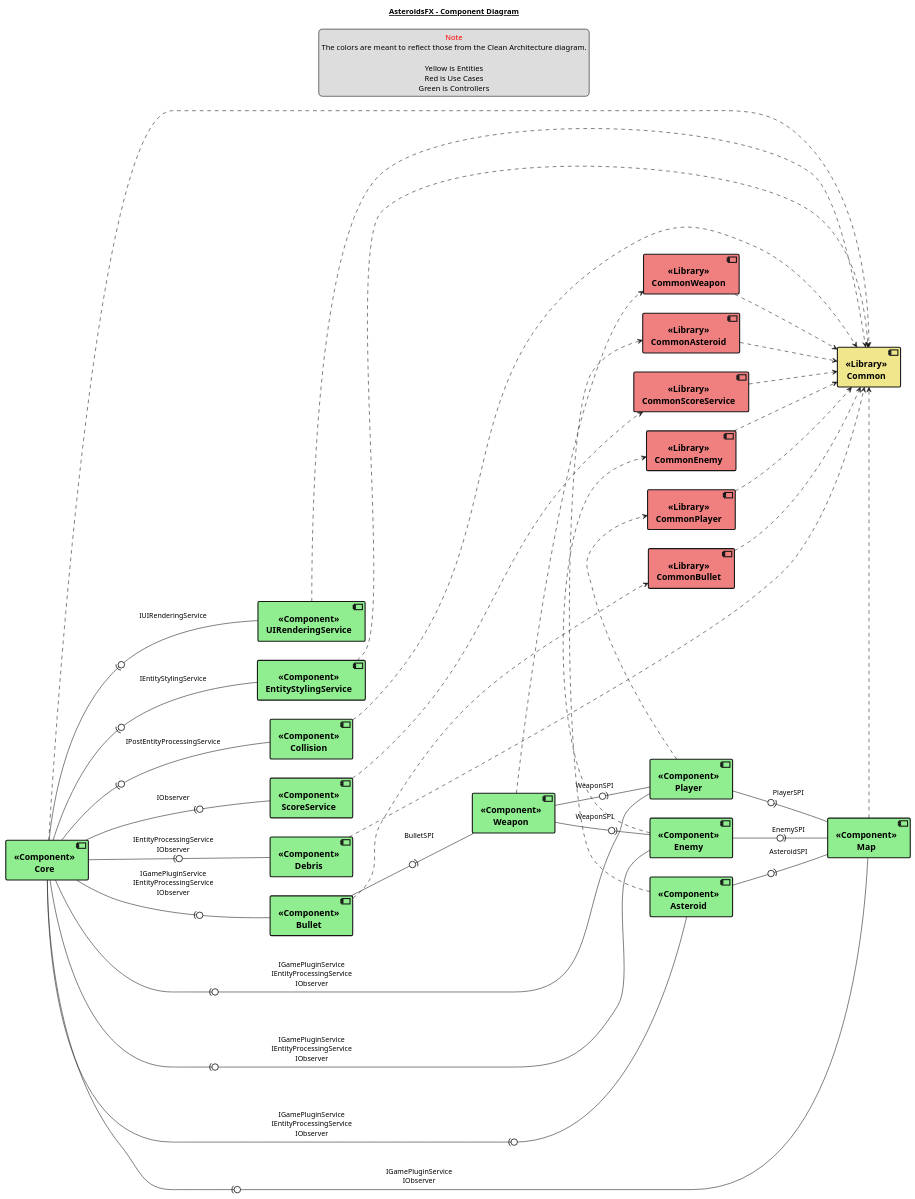
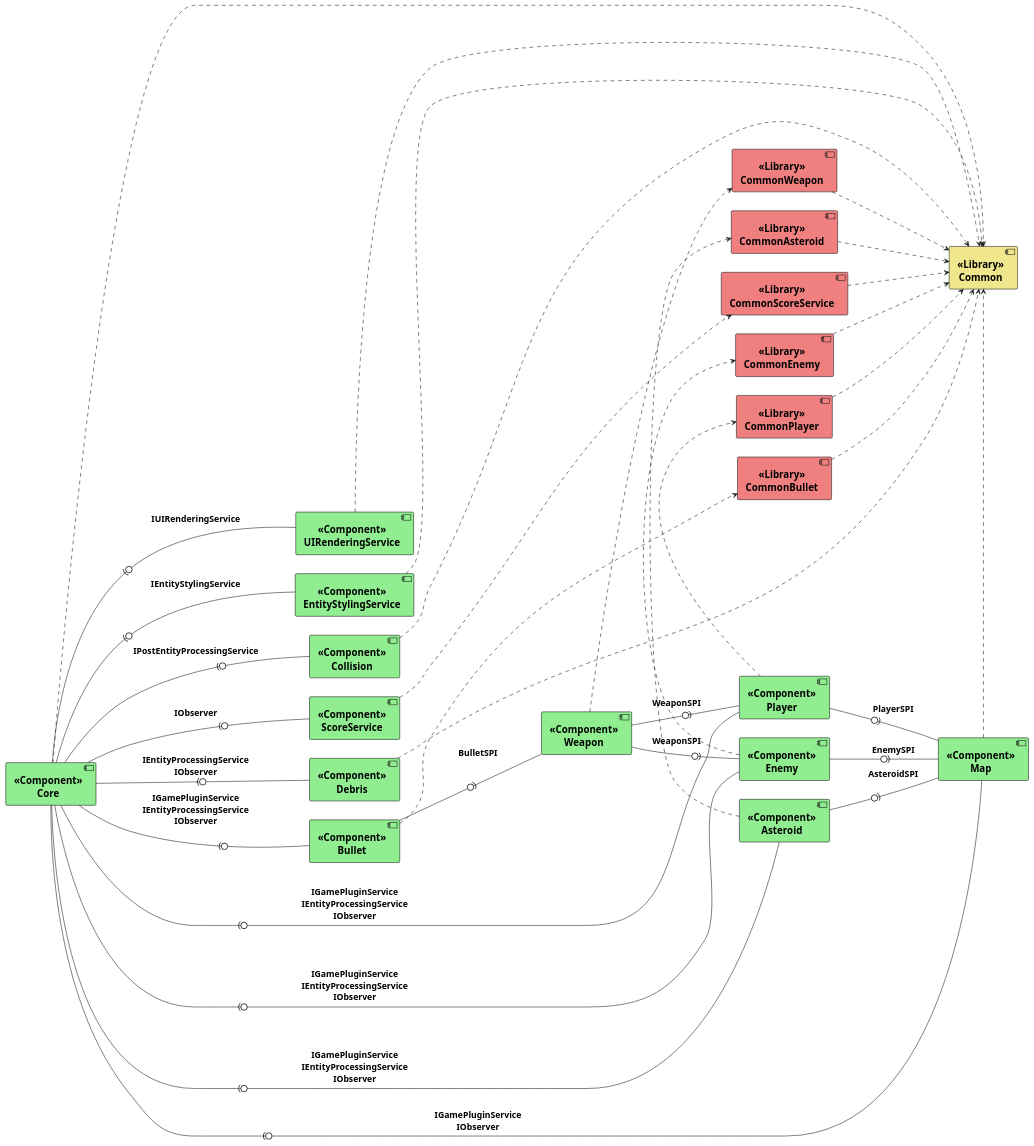
One commit to jlars22/AsteroidsFX changed the diagram in diagrams/component.puml. Above: the diagram before and after it, drawn with PlantUML. The commit also changed 6 other files, not shown here.

Commit message:
improve diagrams

```diff
--- a/diagrams/component.puml
+++ b/diagrams/component.puml
@@ -1,93 +1,84 @@
 @startuml
-title
-<u>AsteroidsFX - Component Diagram</u>
-end title
-
-legend top
-<font color=red>Note</font>
-The colors are meant to reflect those from the Clean Architecture diagram.
-
-Yellow is Entities
-Red is Use Cases
-Green is Controllers
-end legend
-
 skinparam defaultTextAlignment center
-
 
 left to right direction
 
 skinparam component {
     FontName Arial
+    FontSize 18
+    FontStyle Bold
+    BorderThickness 1
+}
+
+skinparam arrow {
     FontSize 16
     FontStyle Bold
-    BorderThickness 2
 }
 
 component [<<Component>>\nCore] as Core #Lightgreen
 
 together {
     component [<<Component>>\nAsteroid] as Asteroid#Lightgreen
     component [<<Component>>\nBullet] as Bullet #Lightgreen
     component [<<Component>>\nDebris] as Debris #Lightgreen
     component [<<Component>>\nCollision] as Collision #Lightgreen
     component [<<Component>>\nEnemy] as Enemy #Lightgreen
     component [<<Component>>\nWeapon] as Weapon #Lightgreen
     component [<<Component>>\nMap] as Map #Lightgreen
     component [<<Component>>\nScoreService] as ScoreService #Lightgreen
     component [<<Component>>\nPlayer] as Player #Lightgreen
     component [<<Component>>\nEntityStylingService] as EntityStylingService #Lightgreen
     component [<<Component>>\nUIRenderingService] as UIRenderingService #Lightgreen
 }
 
 together {
     component [<<Library>>\nCommonEnemy] as CommonEnemy#Lightcoral
     component [<<Library>>\nCommonBullet] as CommonBullet #Lightcoral
     component [<<Library>>\nCommonWeapon] as CommonWeapon #Lightcoral
     component [<<Library>>\nCommonAsteroid] as CommonAsteroid#Lightcoral
     component [<<Library>>\nCommonScoreService] as CommonScoreService #Lightcoral
     component [<<Library>>\nCommonPlayer] as CommonPlayer#Lightcoral
 }
 
 component [<<Library>>\nCommon] as Common #Khaki
 
 
 Core .> Common
 CommonEnemy .> Common
 CommonScoreService ..> Common
 CommonPlayer .> Common
 CommonBullet .> Common
 CommonWeapon .> Common
 CommonAsteroid .> Common
 UIRenderingService .> Common
 EntityStylingService .> Common
 Debris ..> Common
 Map .> Common
 Collision .> Common
 
 Enemy .> CommonEnemy
 Weapon .> CommonWeapon
 ScoreService .> CommonScoreService
 Player .> CommonPlayer
 Bullet .> CommonBullet
 Asteroid .> CommonAsteroid
 
 Core --(0- Enemy : IGamePluginService\nIEntityProcessingService\nIObserver
 Core --(0- Map : IGamePluginService\nIObserver
 Core --(0- Asteroid : IGamePluginService\nIEntityProcessingService\nIObserver
 Core --(0- Bullet : IGamePluginService\nIEntityProcessingService\nIObserver
 Core --(0- Player : IGamePluginService\nIEntityProcessingService\nIObserver
 Core --(0- Debris : IEntityProcessingService\nIObserver
 Core --(0- ScoreService : IObserver
 Core --(0- EntityStylingService : IEntityStylingService
 Core --(0- Collision : IPostEntityProcessingService
 Core --(0- UIRenderingService : IUIRenderingService
 
 Enemy -0)- Map : EnemySPI
 Player -0)- Map : PlayerSPI
 Asteroid -0)- Map : AsteroidSPI
 Weapon -0)- Enemy : WeaponSPI
 Weapon -0)- Player : WeaponSPI
 Bullet -0)- Weapon : BulletSPI
 
 @enduml
```
